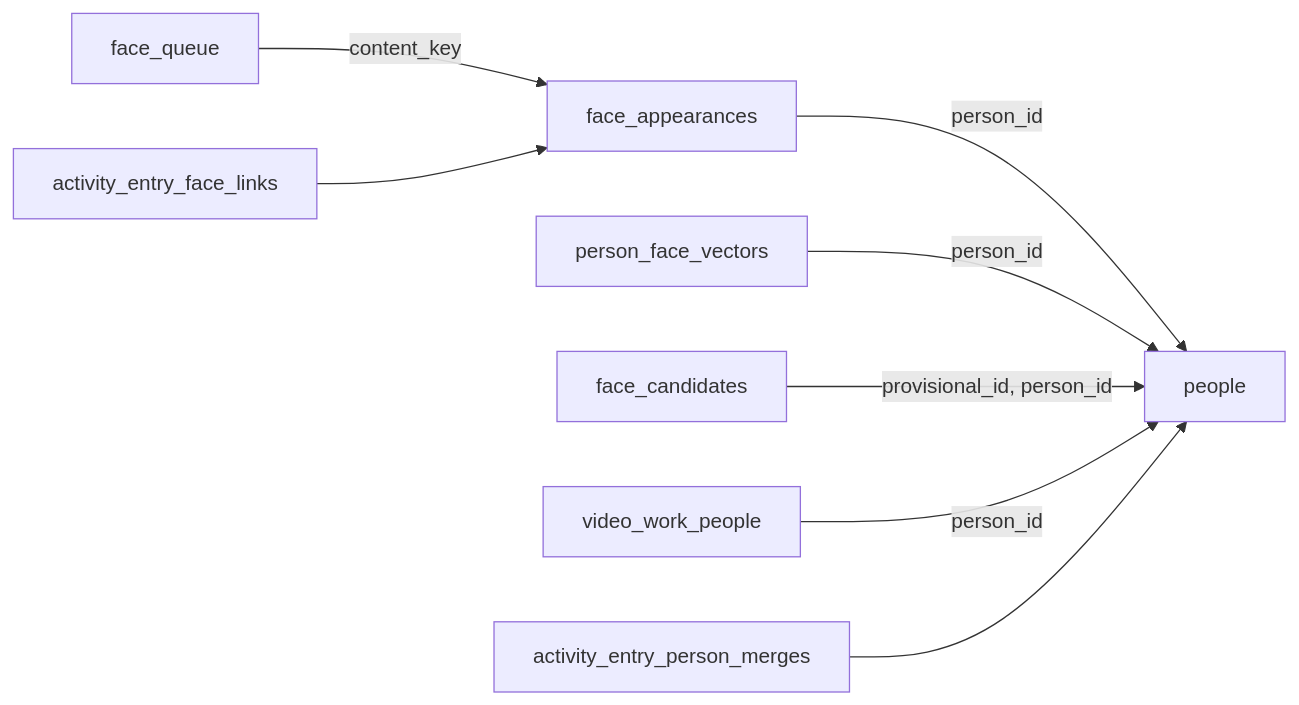
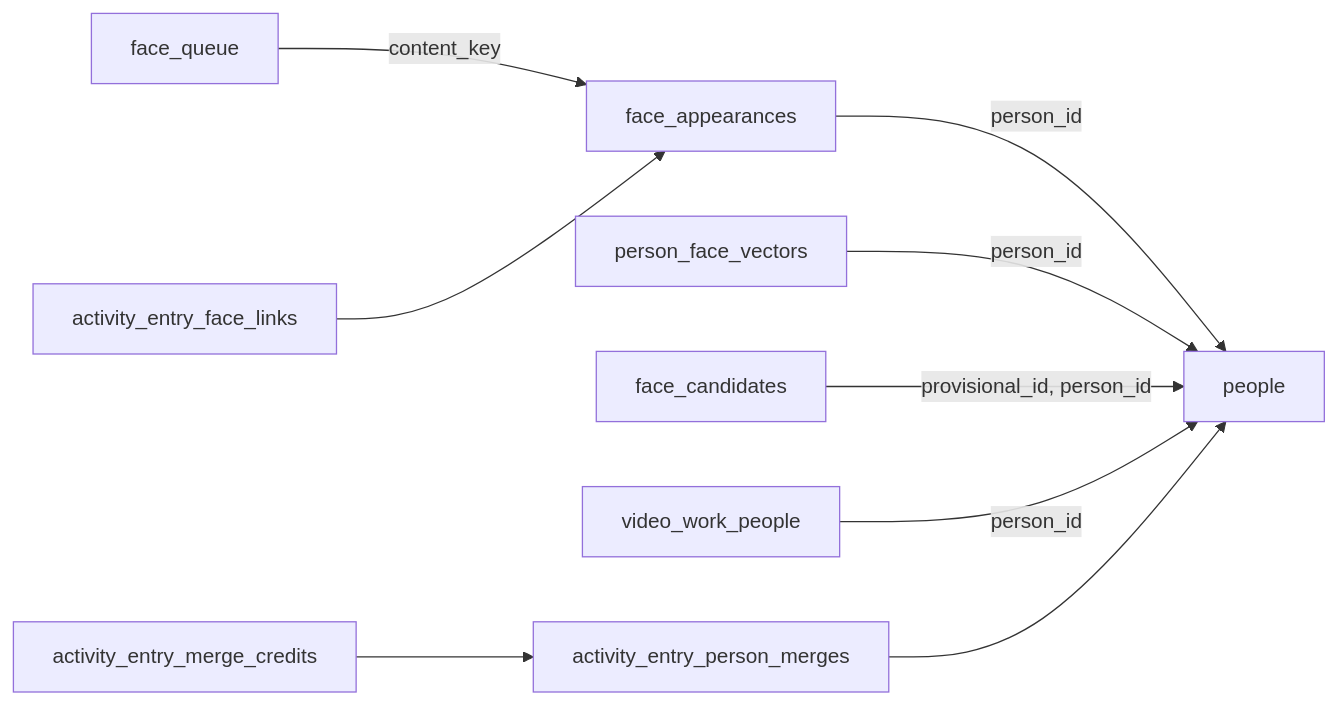
One commit to syudead/vv changed the first of 2 diagrams in specs/061-faced/data-model.md. Above: the diagram before and after it, drawn with Mermaid. The commit also changed other lines of this file and 3 other files, not shown here.

````diff
--- a/specs/061-faced/data-model.md
+++ b/specs/061-faced/data-model.md
@@ -17,10 +17,11 @@
 ```mermaid
 flowchart LR
   queue[face_queue] -->|content_key| appearance[face_appearances]
   appearance -->|person_id| people[people]
   vector[person_face_vectors] -->|person_id| people
   candidate[face_candidates] -->|provisional_id, person_id| people
   credits[video_work_people] -->|person_id| people
   links[activity_entry_face_links] --> appearance
   merges[activity_entry_person_merges] --> people
+  mergeCredits[activity_entry_merge_credits] --> merges
 ```
````
